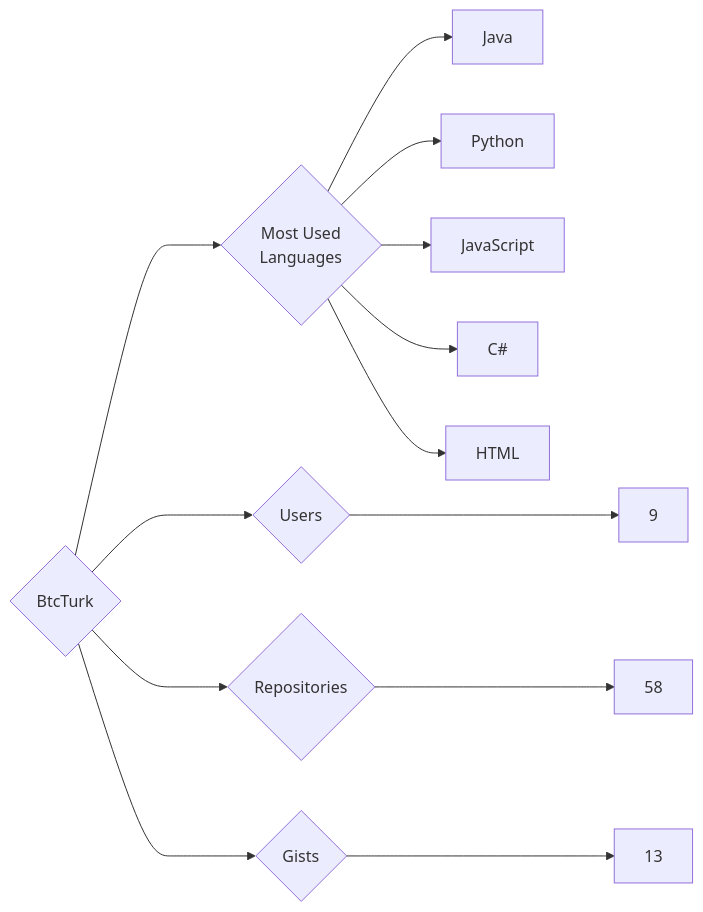
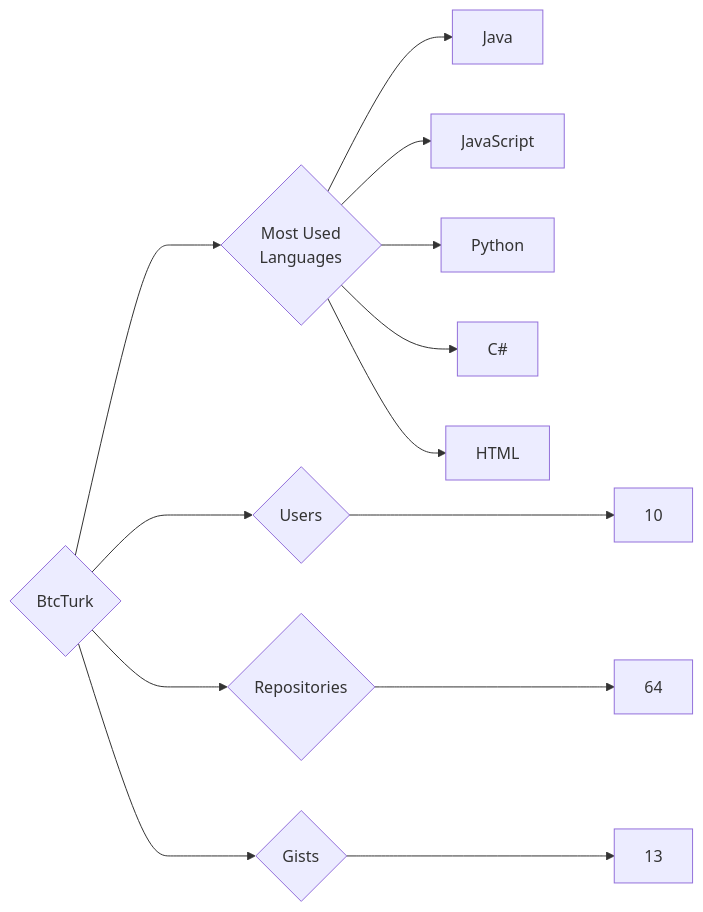
One commit to trickest/insiders changed the diagram in targets/BtcTurk/README.md. Above: the diagram before and after it, drawn with Mermaid. The commit also changed 857 other files, not shown here.

````diff
--- a/targets/BtcTurk/README.md
+++ b/targets/BtcTurk/README.md
@@ -3,13 +3,13 @@
 ```mermaid
 graph LR
 COMPANY_NAME{BtcTurk}
-COMPANY_NAME ---> U{Users} ---> UN[9]
-COMPANY_NAME ---> R{Repositories} ---> RN[58]
+COMPANY_NAME ---> U{Users} ---> UN[10]
+COMPANY_NAME ---> R{Repositories} ---> RN[64]
 COMPANY_NAME ---> G{Gists} ---> GN[13]
 COMPANY_NAME ---> ML{Most Used<br>Languages}
 ML --> Java[Java]
+ML --> JavaScript[JavaScript]
 ML --> Python[Python]
-ML --> JavaScript[JavaScript]
 ML --> C#[C#]
 ML --> HTML[HTML]
 ```
````
